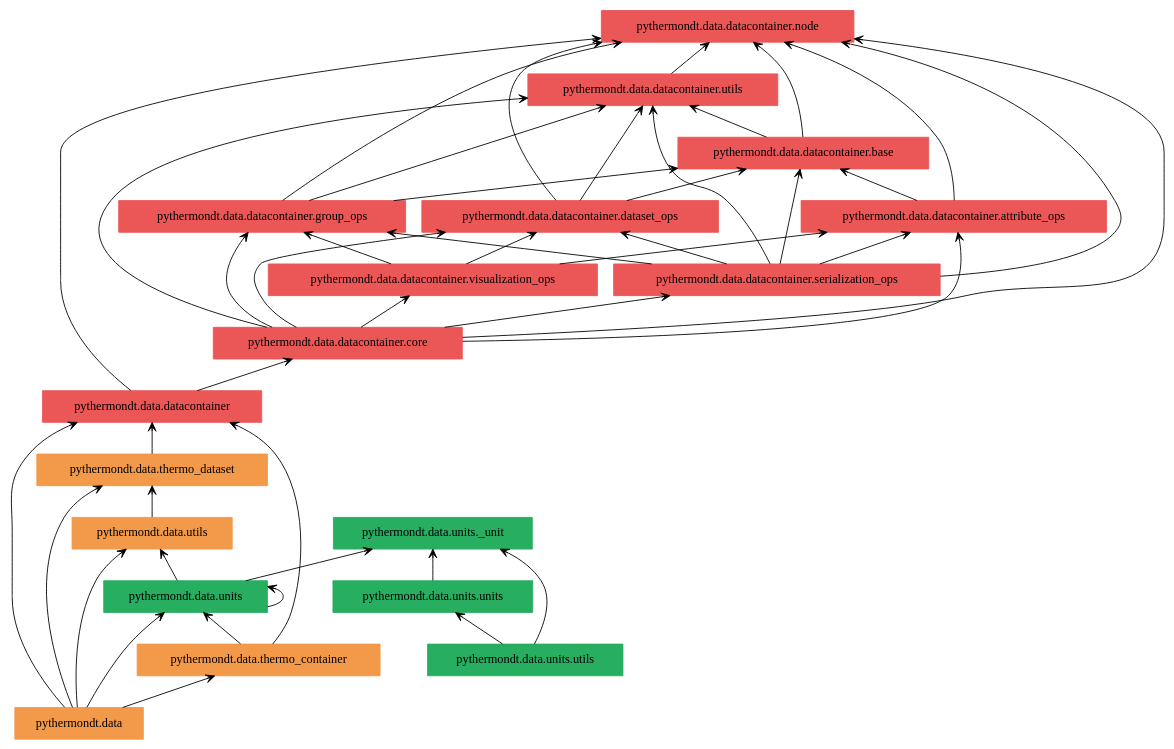
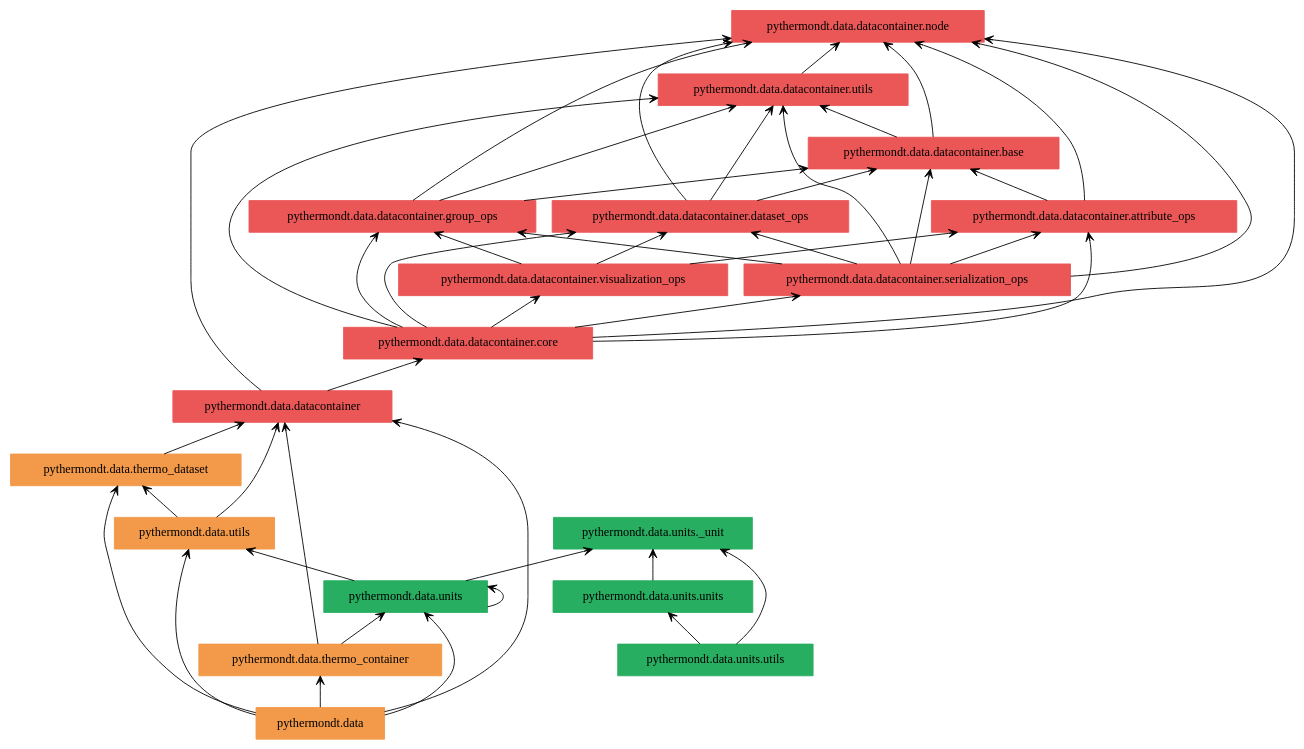
Before and after one commit to voidsy-gmbh/pyThermoNDT: the diagram in docs/pyreverse/graphviz/packages_pythermondt.data.gv, drawn with Graphviz. The commit also changed 14 other files, not shown here.

```diff
--- a/docs/pyreverse/graphviz/packages_pythermondt.data.gv
+++ b/docs/pyreverse/graphviz/packages_pythermondt.data.gv
@@ -1,66 +1,67 @@
 digraph "packages_pythermondt.data" {
 rankdir=BT
 charset="utf-8"
 "pythermondt.data" [color="#F2994A", label=<pythermondt.data>, shape="box", style="filled"];
 "pythermondt.data.datacontainer" [color="#EB5757", label=<pythermondt.data.datacontainer>, shape="box", style="filled"];
 "pythermondt.data.datacontainer.attribute_ops" [color="#EB5757", label=<pythermondt.data.datacontainer.attribute_ops>, shape="box", style="filled"];
 "pythermondt.data.datacontainer.base" [color="#EB5757", label=<pythermondt.data.datacontainer.base>, shape="box", style="filled"];
 "pythermondt.data.datacontainer.core" [color="#EB5757", label=<pythermondt.data.datacontainer.core>, shape="box", style="filled"];
 "pythermondt.data.datacontainer.dataset_ops" [color="#EB5757", label=<pythermondt.data.datacontainer.dataset_ops>, shape="box", style="filled"];
 "pythermondt.data.datacontainer.group_ops" [color="#EB5757", label=<pythermondt.data.datacontainer.group_ops>, shape="box", style="filled"];
 "pythermondt.data.datacontainer.node" [color="#EB5757", label=<pythermondt.data.datacontainer.node>, shape="box", style="filled"];
 "pythermondt.data.datacontainer.serialization_ops" [color="#EB5757", label=<pythermondt.data.datacontainer.serialization_ops>, shape="box", style="filled"];
 "pythermondt.data.datacontainer.utils" [color="#EB5757", label=<pythermondt.data.datacontainer.utils>, shape="box", style="filled"];
 "pythermondt.data.datacontainer.visualization_ops" [color="#EB5757", label=<pythermondt.data.datacontainer.visualization_ops>, shape="box", style="filled"];
 "pythermondt.data.thermo_container" [color="#F2994A", label=<pythermondt.data.thermo_container>, shape="box", style="filled"];
 "pythermondt.data.thermo_dataset" [color="#F2994A", label=<pythermondt.data.thermo_dataset>, shape="box", style="filled"];
 "pythermondt.data.units" [color="#27AE60", label=<pythermondt.data.units>, shape="box", style="filled"];
 "pythermondt.data.units._unit" [color="#27AE60", label=<pythermondt.data.units._unit>, shape="box", style="filled"];
 "pythermondt.data.units.units" [color="#27AE60", label=<pythermondt.data.units.units>, shape="box", style="filled"];
 "pythermondt.data.units.utils" [color="#27AE60", label=<pythermondt.data.units.utils>, shape="box", style="filled"];
 "pythermondt.data.utils" [color="#F2994A", label=<pythermondt.data.utils>, shape="box", style="filled"];
 "pythermondt.data" -> "pythermondt.data.datacontainer" [arrowhead="open", arrowtail="none"];
 "pythermondt.data" -> "pythermondt.data.thermo_container" [arrowhead="open", arrowtail="none"];
 "pythermondt.data" -> "pythermondt.data.thermo_dataset" [arrowhead="open", arrowtail="none"];
 "pythermondt.data" -> "pythermondt.data.units" [arrowhead="open", arrowtail="none"];
 "pythermondt.data" -> "pythermondt.data.utils" [arrowhead="open", arrowtail="none"];
 "pythermondt.data.datacontainer" -> "pythermondt.data.datacontainer.core" [arrowhead="open", arrowtail="none"];
 "pythermondt.data.datacontainer" -> "pythermondt.data.datacontainer.node" [arrowhead="open", arrowtail="none"];
 "pythermondt.data.datacontainer.attribute_ops" -> "pythermondt.data.datacontainer.base" [arrowhead="open", arrowtail="none"];
 "pythermondt.data.datacontainer.attribute_ops" -> "pythermondt.data.datacontainer.node" [arrowhead="open", arrowtail="none"];
 "pythermondt.data.datacontainer.base" -> "pythermondt.data.datacontainer.node" [arrowhead="open", arrowtail="none"];
 "pythermondt.data.datacontainer.base" -> "pythermondt.data.datacontainer.utils" [arrowhead="open", arrowtail="none"];
 "pythermondt.data.datacontainer.core" -> "pythermondt.data.datacontainer.attribute_ops" [arrowhead="open", arrowtail="none"];
 "pythermondt.data.datacontainer.core" -> "pythermondt.data.datacontainer.dataset_ops" [arrowhead="open", arrowtail="none"];
 "pythermondt.data.datacontainer.core" -> "pythermondt.data.datacontainer.group_ops" [arrowhead="open", arrowtail="none"];
 "pythermondt.data.datacontainer.core" -> "pythermondt.data.datacontainer.node" [arrowhead="open", arrowtail="none"];
 "pythermondt.data.datacontainer.core" -> "pythermondt.data.datacontainer.serialization_ops" [arrowhead="open", arrowtail="none"];
 "pythermondt.data.datacontainer.core" -> "pythermondt.data.datacontainer.utils" [arrowhead="open", arrowtail="none"];
 "pythermondt.data.datacontainer.core" -> "pythermondt.data.datacontainer.visualization_ops" [arrowhead="open", arrowtail="none"];
 "pythermondt.data.datacontainer.dataset_ops" -> "pythermondt.data.datacontainer.base" [arrowhead="open", arrowtail="none"];
 "pythermondt.data.datacontainer.dataset_ops" -> "pythermondt.data.datacontainer.node" [arrowhead="open", arrowtail="none"];
 "pythermondt.data.datacontainer.dataset_ops" -> "pythermondt.data.datacontainer.utils" [arrowhead="open", arrowtail="none"];
 "pythermondt.data.datacontainer.group_ops" -> "pythermondt.data.datacontainer.base" [arrowhead="open", arrowtail="none"];
 "pythermondt.data.datacontainer.group_ops" -> "pythermondt.data.datacontainer.node" [arrowhead="open", arrowtail="none"];
 "pythermondt.data.datacontainer.group_ops" -> "pythermondt.data.datacontainer.utils" [arrowhead="open", arrowtail="none"];
 "pythermondt.data.datacontainer.serialization_ops" -> "pythermondt.data.datacontainer.attribute_ops" [arrowhead="open", arrowtail="none"];
 "pythermondt.data.datacontainer.serialization_ops" -> "pythermondt.data.datacontainer.base" [arrowhead="open", arrowtail="none"];
 "pythermondt.data.datacontainer.serialization_ops" -> "pythermondt.data.datacontainer.dataset_ops" [arrowhead="open", arrowtail="none"];
 "pythermondt.data.datacontainer.serialization_ops" -> "pythermondt.data.datacontainer.group_ops" [arrowhead="open", arrowtail="none"];
 "pythermondt.data.datacontainer.serialization_ops" -> "pythermondt.data.datacontainer.node" [arrowhead="open", arrowtail="none"];
 "pythermondt.data.datacontainer.serialization_ops" -> "pythermondt.data.datacontainer.utils" [arrowhead="open", arrowtail="none"];
 "pythermondt.data.datacontainer.utils" -> "pythermondt.data.datacontainer.node" [arrowhead="open", arrowtail="none"];
 "pythermondt.data.datacontainer.visualization_ops" -> "pythermondt.data.datacontainer.attribute_ops" [arrowhead="open", arrowtail="none"];
 "pythermondt.data.datacontainer.visualization_ops" -> "pythermondt.data.datacontainer.dataset_ops" [arrowhead="open", arrowtail="none"];
 "pythermondt.data.datacontainer.visualization_ops" -> "pythermondt.data.datacontainer.group_ops" [arrowhead="open", arrowtail="none"];
 "pythermondt.data.thermo_container" -> "pythermondt.data.datacontainer" [arrowhead="open", arrowtail="none"];
 "pythermondt.data.thermo_container" -> "pythermondt.data.units" [arrowhead="open", arrowtail="none"];
 "pythermondt.data.thermo_dataset" -> "pythermondt.data.datacontainer" [arrowhead="open", arrowtail="none"];
 "pythermondt.data.units" -> "pythermondt.data.units" [arrowhead="open", arrowtail="none"];
 "pythermondt.data.units" -> "pythermondt.data.units._unit" [arrowhead="open", arrowtail="none"];
 "pythermondt.data.units" -> "pythermondt.data.utils" [arrowhead="open", arrowtail="none"];
 "pythermondt.data.units.units" -> "pythermondt.data.units._unit" [arrowhead="open", arrowtail="none"];
 "pythermondt.data.units.utils" -> "pythermondt.data.units._unit" [arrowhead="open", arrowtail="none"];
 "pythermondt.data.units.utils" -> "pythermondt.data.units.units" [arrowhead="open", arrowtail="none"];
+"pythermondt.data.utils" -> "pythermondt.data.datacontainer" [arrowhead="open", arrowtail="none"];
 "pythermondt.data.utils" -> "pythermondt.data.thermo_dataset" [arrowhead="open", arrowtail="none"];
 }
```
